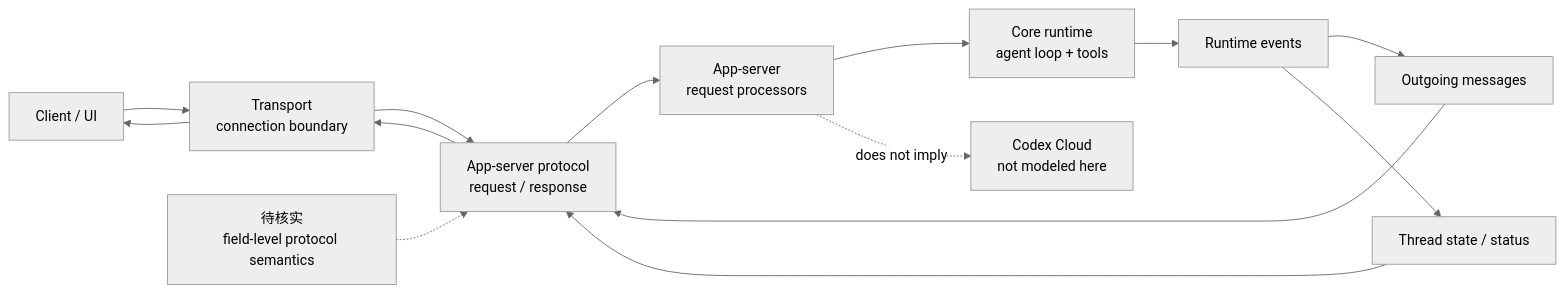
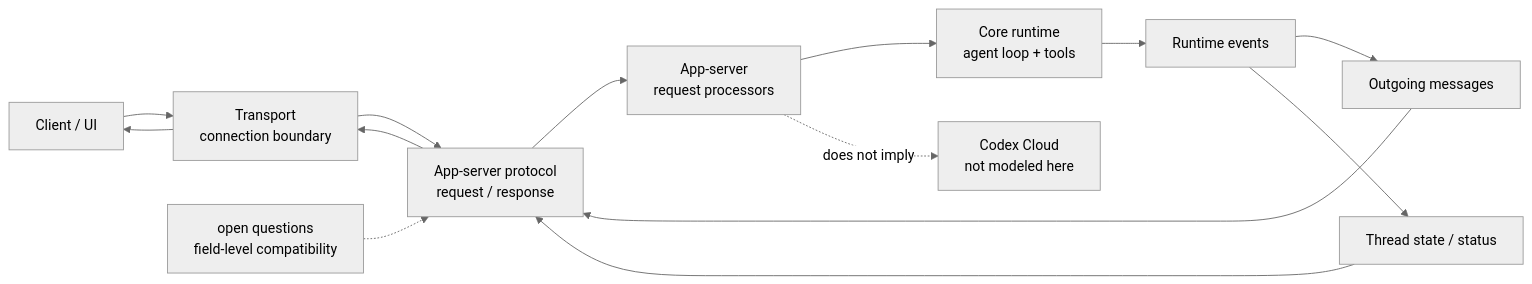
One commit to shihao-zhang/learn-codex changed the diagram in chapters/s09_app_server_transport/diagram.mmd. Above: the diagram before and after it, drawn with Mermaid (neutral theme). The commit also changed 24 other files, not shown here.

```diff
--- a/chapters/s09_app_server_transport/diagram.mmd
+++ b/chapters/s09_app_server_transport/diagram.mmd
@@ -1,15 +1,15 @@
 flowchart LR
     C["Client / UI"] --> T["Transport<br/>connection boundary"]
     T --> P["App-server protocol<br/>request / response"]
     P --> S["App-server<br/>request processors"]
     S --> R["Core runtime<br/>agent loop + tools"]
     R --> E["Runtime events"]
     E --> O["Outgoing messages"]
     E --> ST["Thread state / status"]
     O --> P
     ST --> P
     P --> T
     T --> C
 
     S -. "does not imply" .-> X["Codex Cloud<br/>not modeled here"]
-    N["待核实<br/>field-level protocol semantics"] -.-> P
+    N["open questions<br/>field-level compatibility"] -.-> P
```
